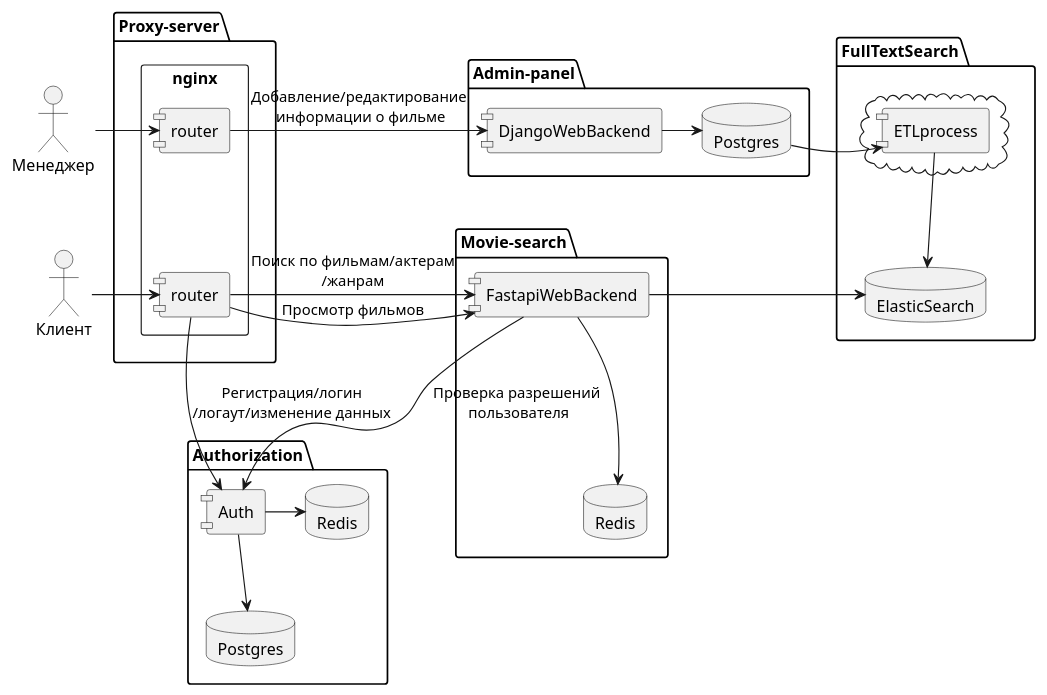
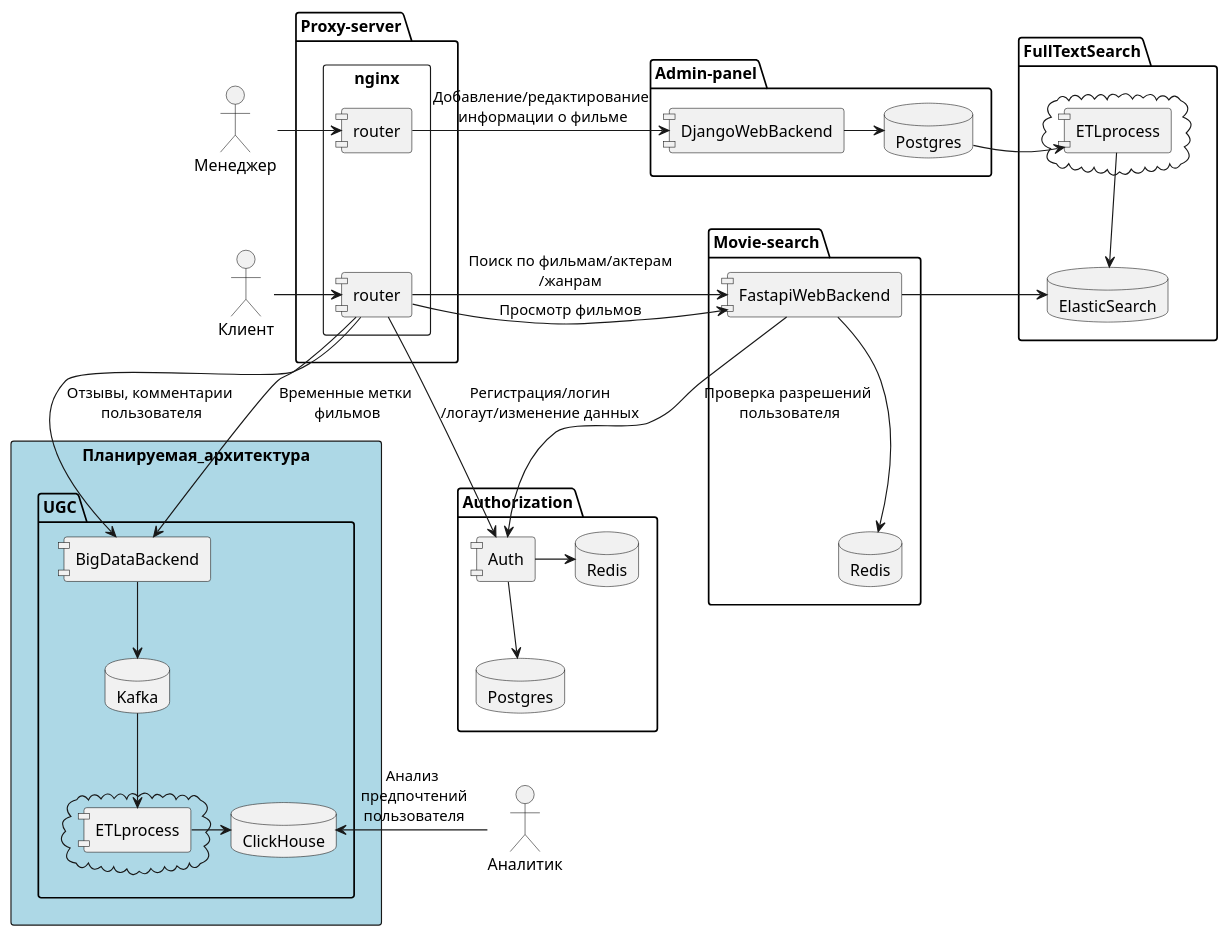
The diagram in docs/architecture/architecture_to_be.puml (AlexanderNkn/ugc_sprint_2), drawn with PlantUML before and after one commit. The commit also changed 1 other file, not shown here.

Commit message:
added planning architecture

```diff
--- a/docs/architecture/architecture_to_be.puml
+++ b/docs/architecture/architecture_to_be.puml
@@ -1,54 +1,72 @@
 "@startuml Planning architecture"
 skinparam componentStyle uml1
 
 actor Менеджер as Manager
 actor Клиент as Client
+actor Аналитик as BI
 
 package Authorization {
     component Auth
     database Redis as redis2
     database Postgres as postgres2
 }
 
 package Proxy-server {
     rectangle nginx {
         component router as router1
         component router as router2
     }
 }
 
 package Admin-panel {
     component DjangoWebBackend as django
     database Postgres as postgres1
 }
 
 package FullTextSearch {
     cloud {
         component ETLprocess as etl
     }
     database ElasticSearch
 }
 
 package Movie-search {
     component FastapiWebBackend as fastapi
     database Redis as redis1
 }
 
+rectangle Планируемая_архитектура #LightBlue{
+    package UGC {
+        component BigDataBackend as bigdata
+        database Kafka
+        database ClickHouse as click
+        cloud {
+            component ETLprocess as etl2
+        }
+    }
+}
+
 Manager -[hidden]-> Client
 router1 -[hidden]-> router2
 fastapi -d-> Auth: Проверка разрешений\n пользователя
 Manager -> router1
 Client -l-> router2
 router1 -> django: Добавление/редактирование\n информации о фильме
 django -> postgres1
 postgres1 -r-> etl
 etl -d-> ElasticSearch
 router2 -l-> fastapi: Поиск по фильмам/актерам\n/жанрам
 router2 -l-> fastapi: Просмотр фильмов
 fastapi --> redis1
 fastapi -> ElasticSearch
 router2 -> Auth: Регистрация/логин\n/логаут/изменение данных
 Auth -d-> postgres2
 Auth -> redis2
+router2 -d-> bigdata: Временные метки\n фильмов
+router2 -d-> bigdata: Отзывы, комментарии\n пользователя
+bigdata -d-> Kafka
+Kafka -d-> etl2
+etl2 -> click
+BI -> click: Анализ\n предпочтений\n пользователя
 
 @enduml 
```
